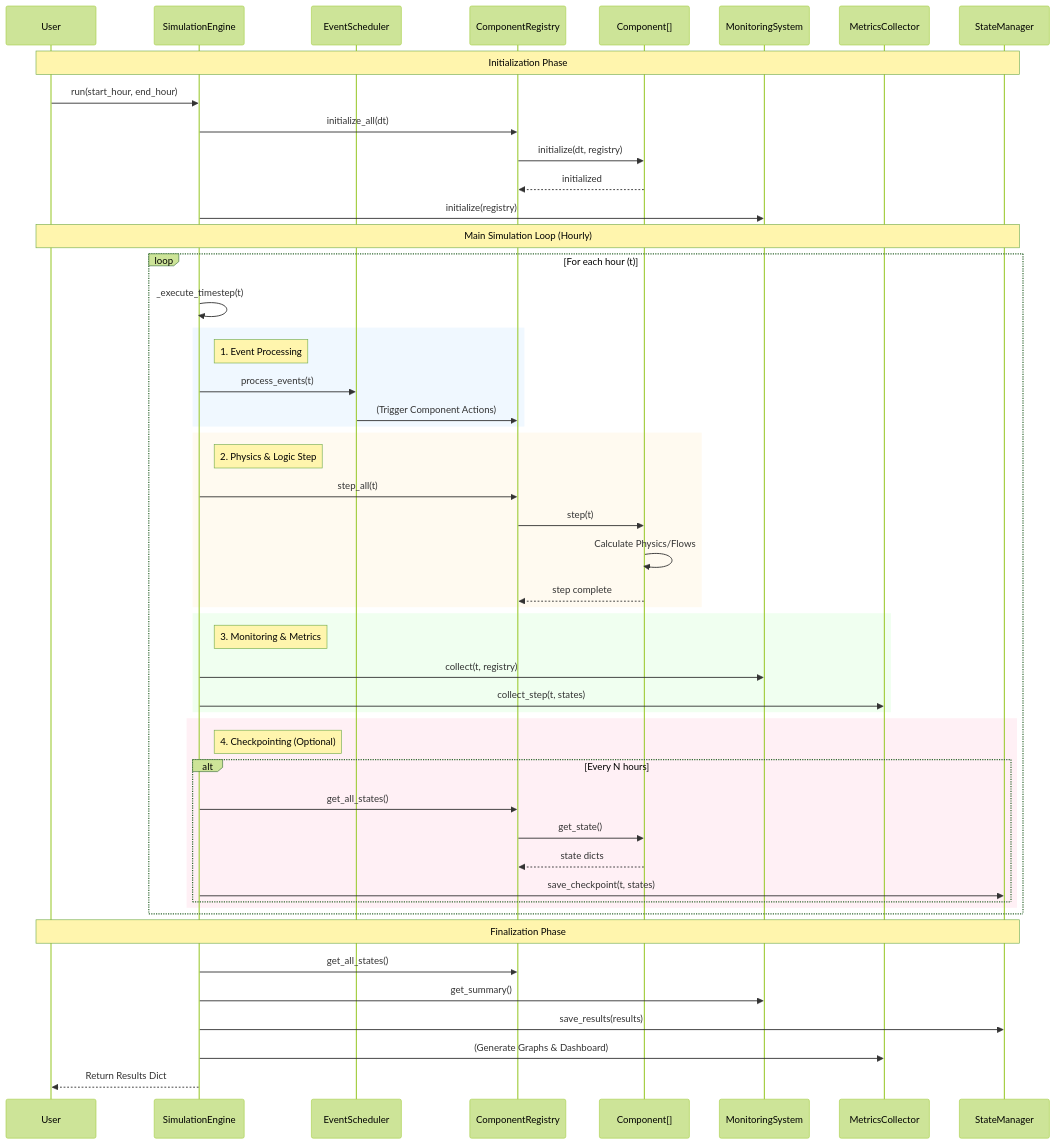
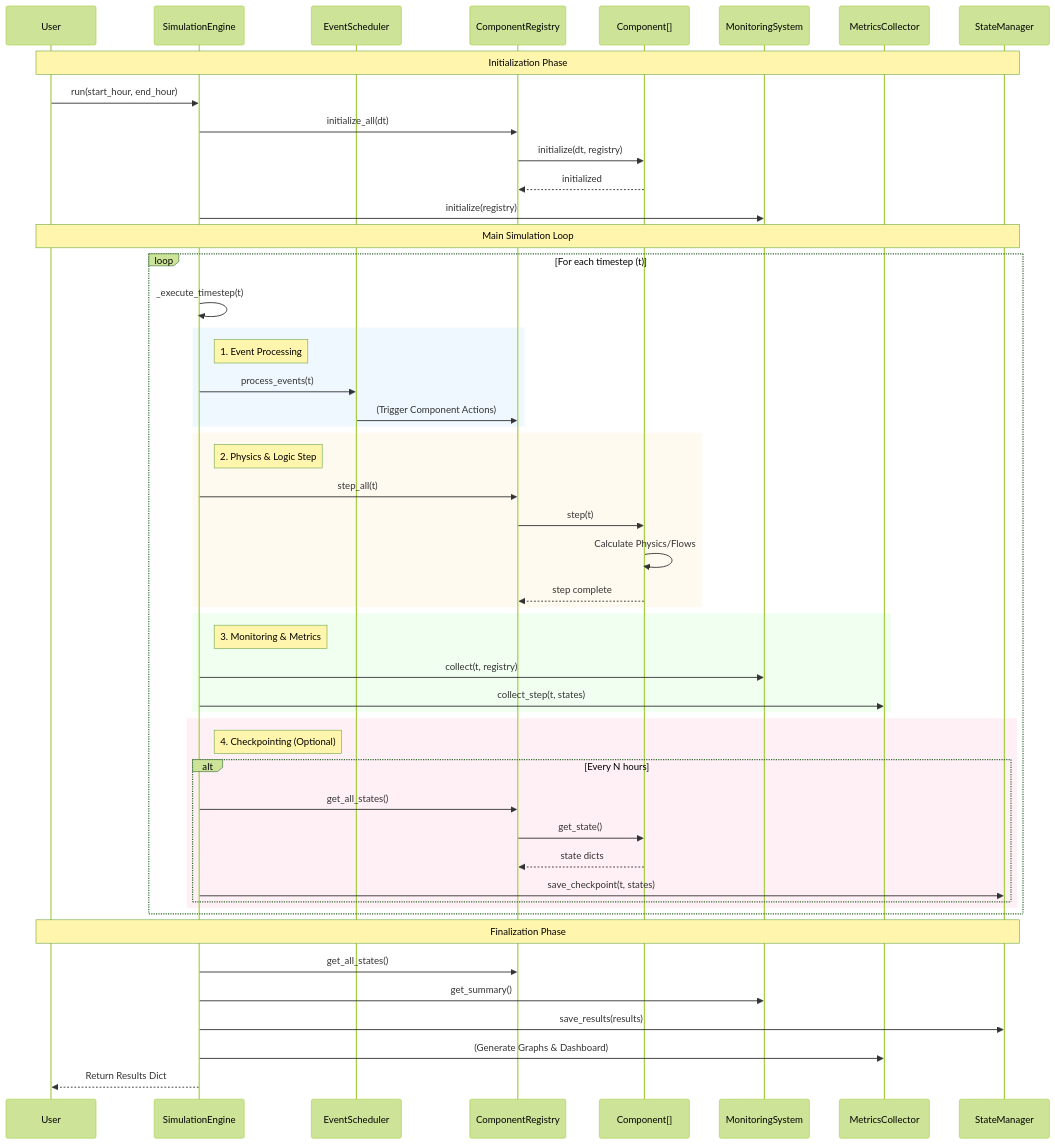
One commit to utczbr/h2_plant changed the first of 5 diagrams in docs/BACKEND_DIAGRAM.md. Above: the diagram before and after it, drawn with Mermaid (forest theme). The commit also changed other lines of this file and 1 other file, not shown here.

````diff
--- a/docs/BACKEND_DIAGRAM.md
+++ b/docs/BACKEND_DIAGRAM.md
@@ -7,60 +9,60 @@
 ```mermaid
 sequenceDiagram
     participant User
     participant Engine as SimulationEngine
     participant Scheduler as EventScheduler
     participant Registry as ComponentRegistry
     participant Components as Component[]
     participant Monitor as MonitoringSystem
     participant Metrics as MetricsCollector
     participant State as StateManager
 
     Note over User, State: Initialization Phase
     User->>Engine: run(start_hour, end_hour)
     Engine->>Registry: initialize_all(dt)
     Registry->>Components: initialize(dt, registry)
     Components-->>Registry: initialized
     Engine->>Monitor: initialize(registry)
 
-    Note over User, State: Main Simulation Loop (Hourly)
-    loop For each hour (t)
+    Note over User, State: Main Simulation Loop
+    loop For each timestep (t)
         Engine->>Engine: _execute_timestep(t)
         
         rect rgb(240, 248, 255)
             Note right of Engine: 1. Event Processing
             Engine->>Scheduler: process_events(t)
             Scheduler->>Registry: (Trigger Component Actions)
         end
 
         rect rgb(255, 250, 240)
             Note right of Engine: 2. Physics & Logic Step
             Engine->>Registry: step_all(t)
             Registry->>Components: step(t)
             Components->>Components: Calculate Physics/Flows
             Components-->>Registry: step complete
         end
 
         rect rgb(240, 255, 240)
             Note right of Engine: 3. Monitoring & Metrics
             Engine->>Monitor: collect(t, registry)
             Engine->>Metrics: collect_step(t, states)
         end
 
         rect rgb(255, 240, 245)
             Note right of Engine: 4. Checkpointing (Optional)
             alt Every N hours
                 Engine->>Registry: get_all_states()
                 Registry->>Components: get_state()
                 Components-->>Registry: state dicts
                 Engine->>State: save_checkpoint(t, states)
             end
         end
     end
 
     Note over User, State: Finalization Phase
     Engine->>Registry: get_all_states()
     Engine->>Monitor: get_summary()
     Engine->>State: save_results(results)
     Engine->>Metrics: (Generate Graphs & Dashboard)
     Engine-->>User: Return Results Dict
 ```
````
